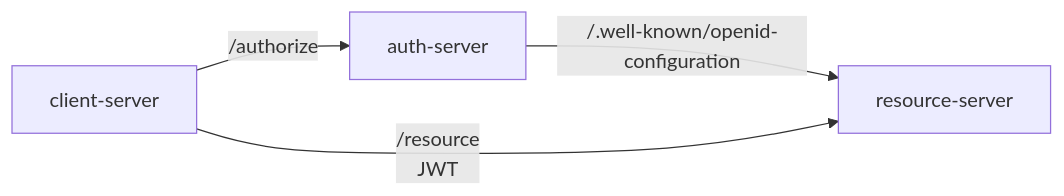
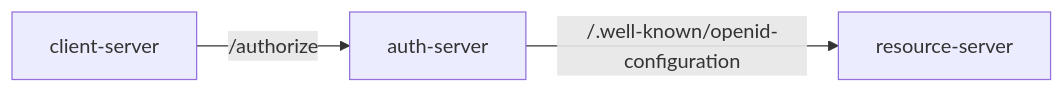
One commit to iam-ifsc/Spring-Authorization-Server changed the first of 2 diagrams in readme.md. Above: the diagram before and after it, drawn with Mermaid. The commit also changed other lines of this file and 12 other files, not shown here.

````diff
--- a/readme.md
+++ b/readme.md
@@ -8,7 +8,6 @@
 ```mermaid
     flowchart LR
     client-server["client-server"] -->|/authorize| auth-server["auth-server"] 
-    auth-server -->|/.well-known/openid-configuration| resource-server
-    client-server -->|/resource <br> JWT | resource-server["resource-server"]
+    auth-server -->|/.well-known/openid-configuration| resource-server 
    
 ``` 
````
